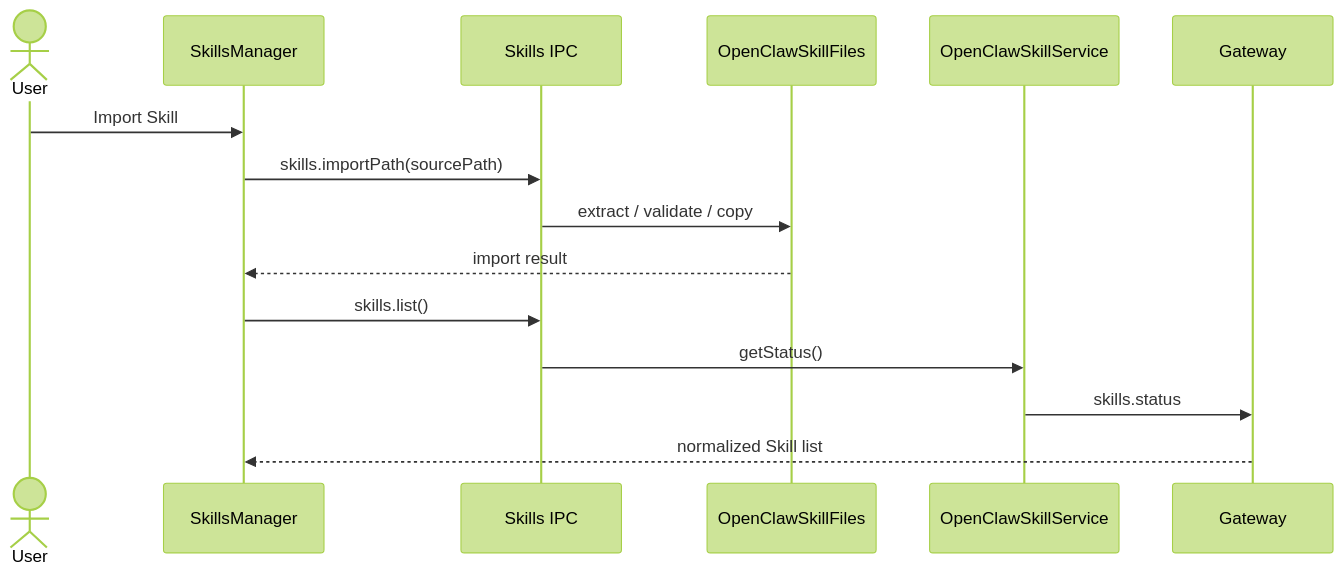
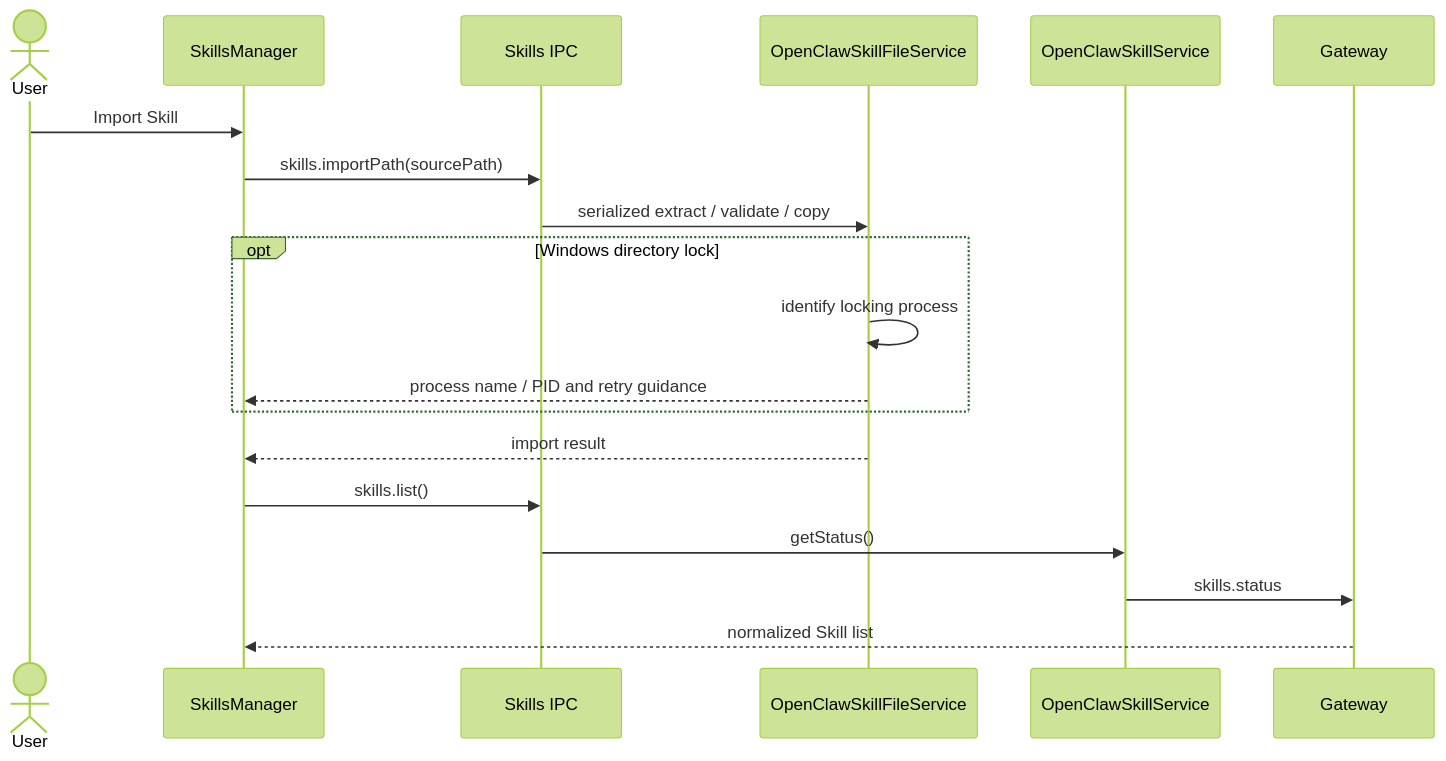
The second of 3 diagrams in docs/architecture/07-plugin-system.md (liangxhao/JustDo), drawn with Mermaid (forest theme) before and after one commit. The commit also changed other lines of this file and 18 other files, not shown here.

Commit message:
fix(plugins): make managed directory updates lock-safe

````diff
--- a/docs/architecture/07-plugin-system.md
+++ b/docs/architecture/07-plugin-system.md
@@ -129,18 +137,22 @@
 ```mermaid
 sequenceDiagram
   actor User
   participant UI as SkillsManager
   participant IPC as Skills IPC
-  participant Files as OpenClawSkillFiles
+  participant Files as OpenClawSkillFileService
   participant Service as OpenClawSkillService
   participant Gateway
 
   User->>UI: Import Skill
   UI->>IPC: skills.importPath(sourcePath)
-  IPC->>Files: extract / validate / copy
+  IPC->>Files: serialized extract / validate / copy
+  opt Windows directory lock
+    Files->>Files: identify locking process
+    Files-->>UI: process name / PID and retry guidance
+  end
   Files-->>UI: import result
   UI->>IPC: skills.list()
   IPC->>Service: getStatus()
   Service->>Gateway: skills.status
   Gateway-->>UI: normalized Skill list
 ```
````
